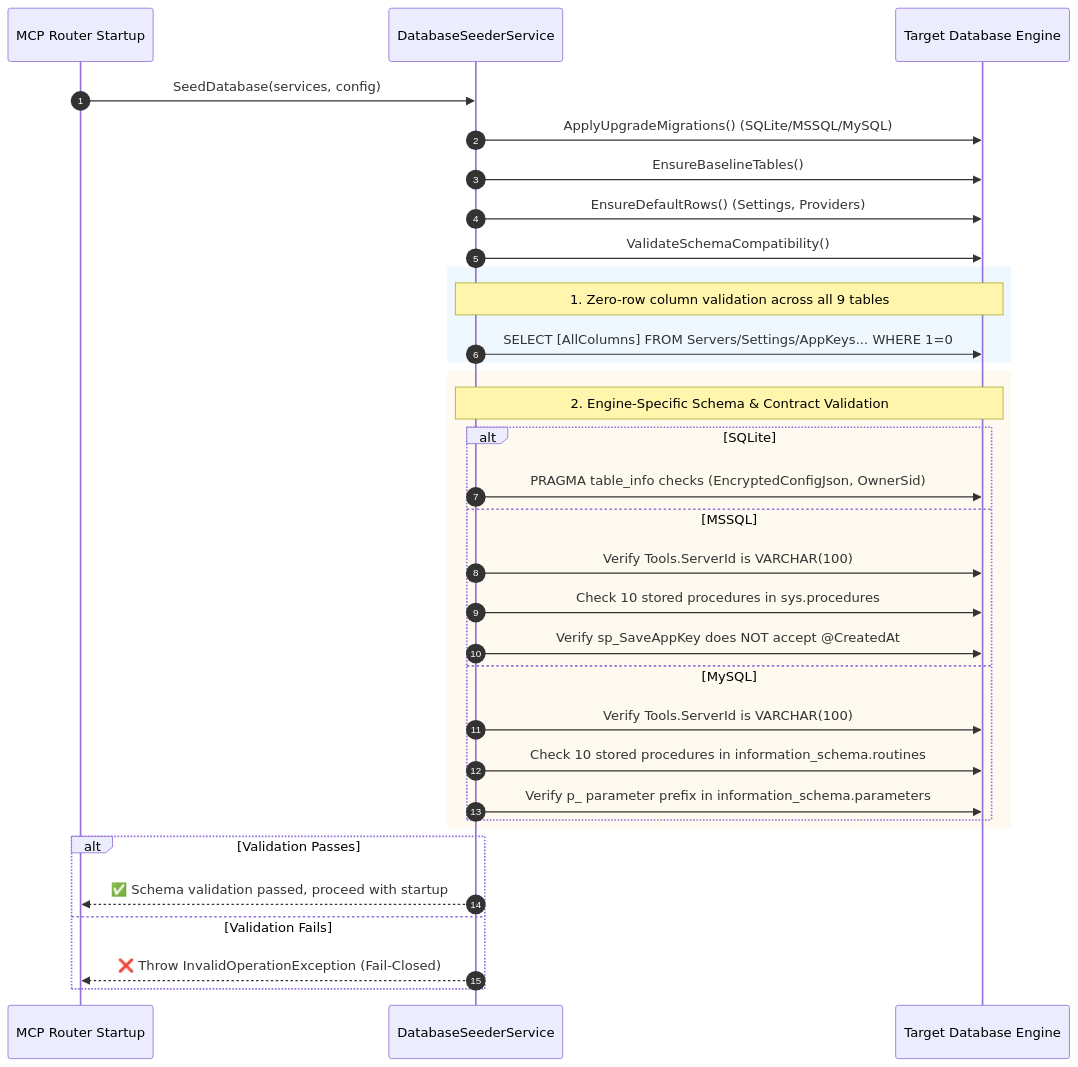
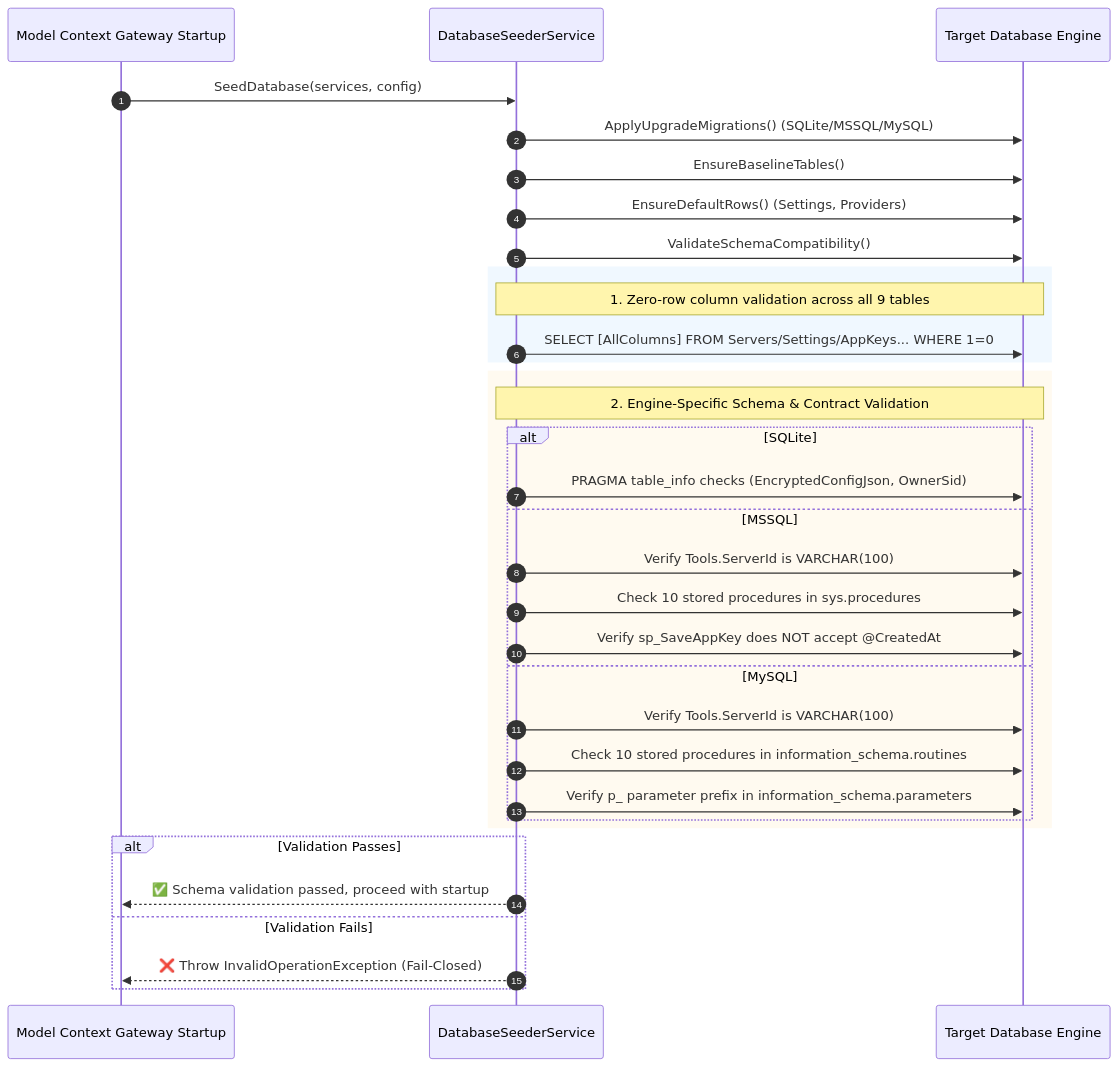
One commit to spelech/CSharp-MCP-Router changed the third of 3 diagrams in docs/database-providers.md. Above: the diagram before and after it, drawn with Mermaid. The commit also changed other lines of this file and 25 other files, not shown here.

Commit message:
docs: complete comprehensive branding sweep to Model Context Gateway (MCG)

````diff
--- a/docs/database-providers.md
+++ b/docs/database-providers.md
@@ -391,39 +391,39 @@
 ```mermaid
 sequenceDiagram
     autonumber
-    participant App as MCP Router Startup
+    participant App as Model Context Gateway Startup
     participant Seeder as DatabaseSeederService
     participant DB as Target Database Engine
 
     App->>Seeder: SeedDatabase(services, config)
     Seeder->>DB: ApplyUpgradeMigrations() (SQLite/MSSQL/MySQL)
     Seeder->>DB: EnsureBaselineTables()
     Seeder->>DB: EnsureDefaultRows() (Settings, Providers)
     Seeder->>DB: ValidateSchemaCompatibility()
     
     rect rgb(240, 248, 255)
         Note over Seeder,DB: 1. Zero-row column validation across all 9 tables
         Seeder->>DB: SELECT [AllColumns] FROM Servers/Settings/AppKeys... WHERE 1=0
     end
     
     rect rgb(255, 250, 240)
         Note over Seeder,DB: 2. Engine-Specific Schema & Contract Validation
         alt SQLite
             Seeder->>DB: PRAGMA table_info checks (EncryptedConfigJson, OwnerSid)
         else MSSQL
             Seeder->>DB: Verify Tools.ServerId is VARCHAR(100)
             Seeder->>DB: Check 10 stored procedures in sys.procedures
             Seeder->>DB: Verify sp_SaveAppKey does NOT accept @CreatedAt
         else MySQL
             Seeder->>DB: Verify Tools.ServerId is VARCHAR(100)
             Seeder->>DB: Check 10 stored procedures in information_schema.routines
             Seeder->>DB: Verify p_ parameter prefix in information_schema.parameters
         end
     end
 
     alt Validation Passes
         Seeder-->>App: ✅ Schema validation passed, proceed with startup
     else Validation Fails
         Seeder-->>App: ❌ Throw InvalidOperationException (Fail-Closed)
     end
 ```
````
